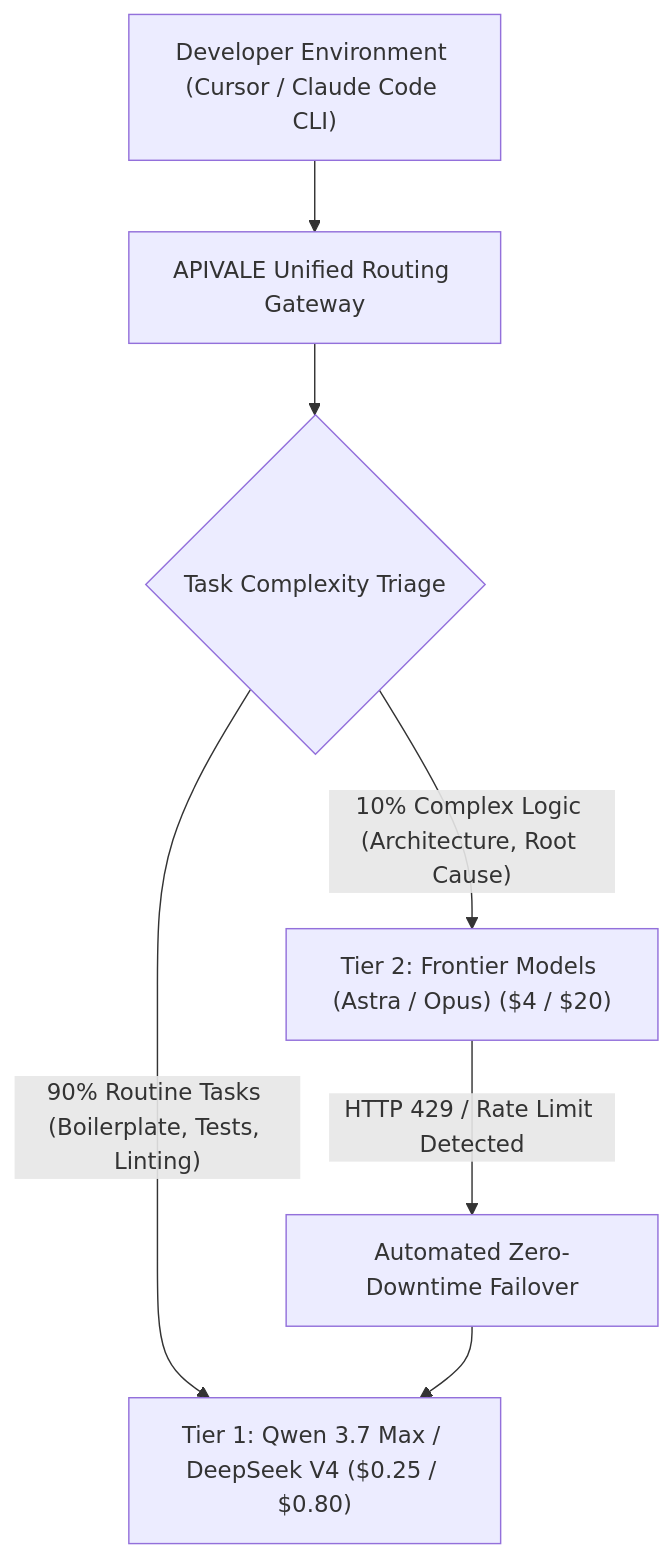
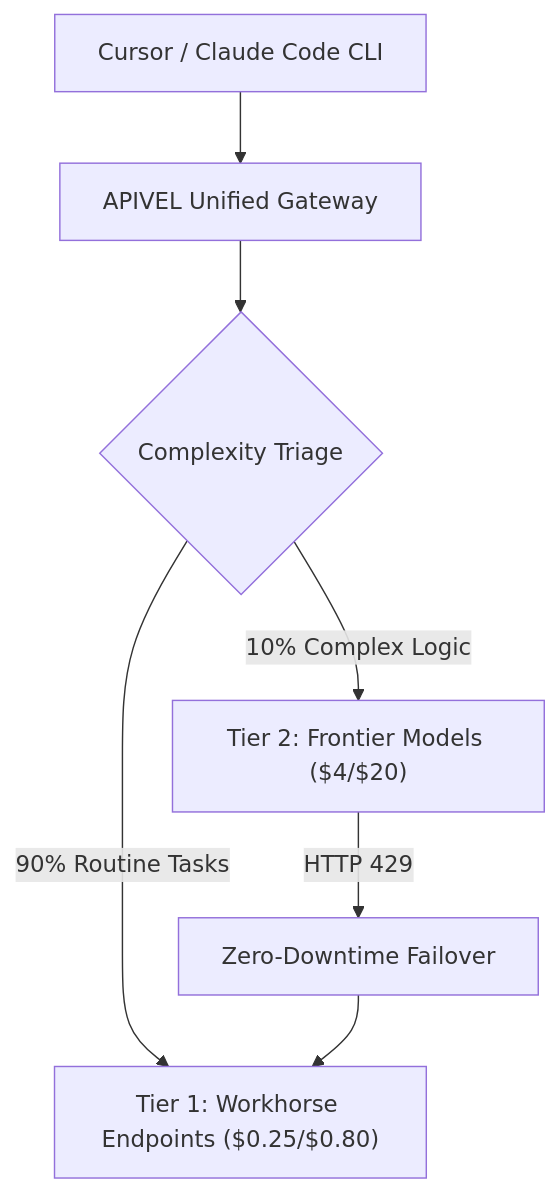
The diagram in src/content/blog/gpt-6-2-astra-vs-opus-5-5-differences.md (bshx2024/apivel_blog), drawn with Mermaid before and after one commit. The commit also changed other lines of this file and 3 other files, not shown here.

````diff
--- a/src/content/blog/gpt-6-2-astra-vs-opus-5-5-differences.md
+++ b/src/content/blog/gpt-6-2-astra-vs-opus-5-5-differences.md
@@ -103,9 +93,9 @@
 ```mermaid
 flowchart TD
-    Client["Developer Environment (Cursor / Claude Code CLI)"] --> Gateway["APIVALE Unified Routing Gateway"]
-    Gateway --> Analyzer{"Task Complexity Triage"}
-    Analyzer -- "90% Routine Tasks (Boilerplate, Tests, Linting)" --> Tier1["Tier 1: Qwen 3.7 Max / DeepSeek V4 ($0.25 / $0.80)"]
-    Analyzer -- "10% Complex Logic (Architecture, Root Cause)" --> Tier2["Tier 2: Frontier Models (Astra / Opus) ($4 / $20)"]
-    Tier2 -- "HTTP 429 / Rate Limit Detected" --> Failover["Automated Zero-Downtime Failover"]
+    Client["Cursor / Claude Code CLI"] --> Gateway["APIVEL Unified Gateway"]
+    Gateway --> Analyzer{"Complexity Triage"}
+    Analyzer -- "90% Routine Tasks" --> Tier1["Tier 1: Workhorse Endpoints ($0.25/$0.80)"]
+    Analyzer -- "10% Complex Logic" --> Tier2["Tier 2: Frontier Models ($4/$20)"]
+    Tier2 -- "HTTP 429" --> Failover["Zero-Downtime Failover"]
     Failover --> Tier1
 ```
````
